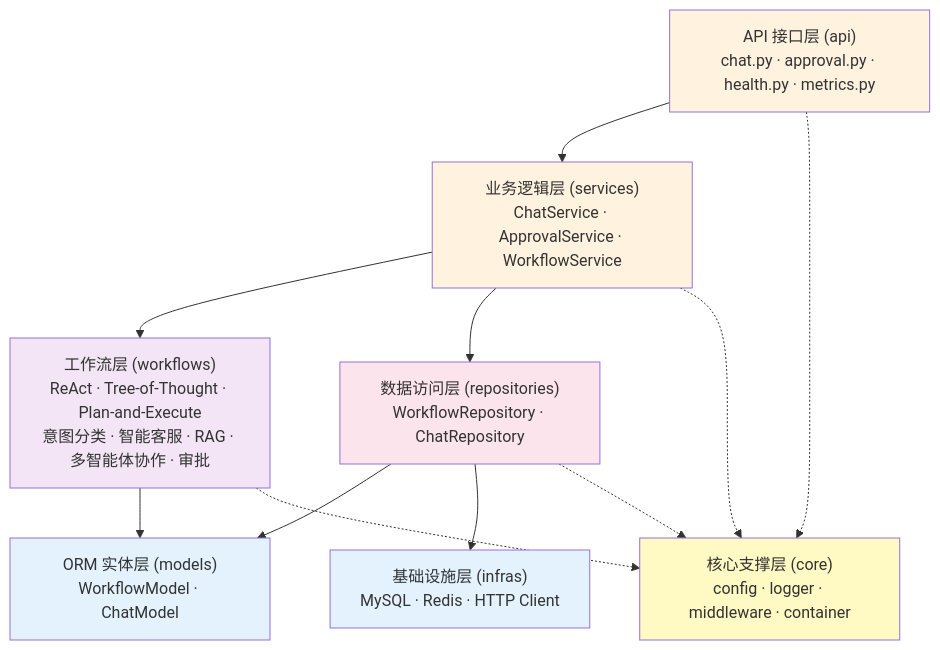
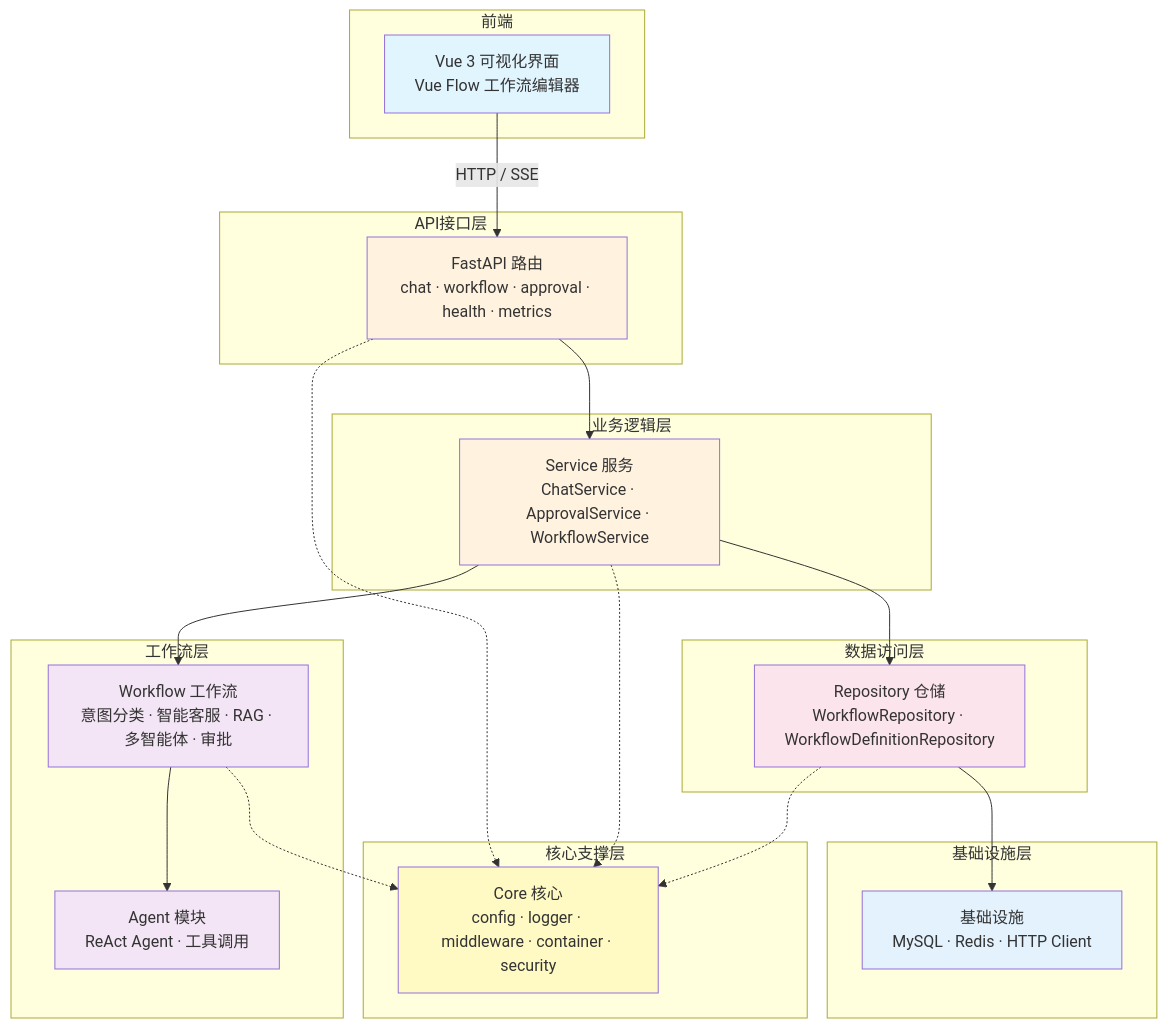
Before and after one commit to chain-engine/x-langgraph: the first of 4 diagrams in README.md, drawn with Mermaid. The commit also changed other lines of this file and 2 other files, not shown here.

````diff
--- a/README.md
+++ b/README.md
@@ -103,30 +267,52 @@
 ```mermaid
 flowchart TB
-    API["API 接口层 (api)<br>chat.py · approval.py · health.py · metrics.py"]
-    SVC["业务逻辑层 (services)<br>ChatService · ApprovalService · WorkflowService"]
-    WF["工作流层 (workflows)<br>ReAct · Tree-of-Thought · Plan-and-Execute<br>意图分类 · 智能客服 · RAG · 多智能体协作 · 审批"]
-    REPO["数据访问层 (repositories)<br>WorkflowRepository · ChatRepository"]
-    MODELS["ORM 实体层 (models)<br>WorkflowModel · ChatModel"]
-    INFRA["基础设施层 (infras)<br>MySQL · Redis · HTTP Client"]
-    CORE["核心支撑层 (core)<br>config · logger · middleware · container"]
+    subgraph 前端
+        WEB["Vue 3 可视化界面<br>Vue Flow 工作流编辑器"]
+    end
 
+    subgraph API接口层
+        API["FastAPI 路由<br>chat · workflow · approval · health · metrics"]
+    end
+
+    subgraph 业务逻辑层
+        SVC["Service 服务<br>ChatService · ApprovalService · WorkflowService"]
+    end
+
+    subgraph 工作流层
+        WF["Workflow 工作流<br>意图分类 · 智能客服 · RAG · 多智能体 · 审批"]
+        AGENT["Agent 模块<br>ReAct Agent · 工具调用"]
+    end
+
+    subgraph 数据访问层
+        REPO["Repository 仓储<br>WorkflowRepository · WorkflowDefinitionRepository"]
+    end
+
+    subgraph 基础设施层
+        INFRA["基础设施<br>MySQL · Redis · HTTP Client"]
+    end
+
+    subgraph 核心支撑层
+        CORE["Core 核心<br>config · logger · middleware · container · security"]
+    end
+
+    WEB -->|"HTTP / SSE"| API
     API --> SVC
     SVC --> WF
     SVC --> REPO
-    WF --> MODELS
-    REPO --> MODELS
+    WF --> AGENT
     REPO --> INFRA
 
     API -.-> CORE
     SVC -.-> CORE
     WF -.-> CORE
     REPO -.-> CORE
 
+    style WEB fill:#e1f5fe
     style API fill:#fff3e0
     style SVC fill:#fff3e0
     style WF fill:#f3e5f5
+    style AGENT fill:#f3e5f5
     style REPO fill:#fce4ec
-    style MODELS fill:#e3f2fd
     style INFRA fill:#e3f2fd
     style CORE fill:#fff9c4
 ```
````
